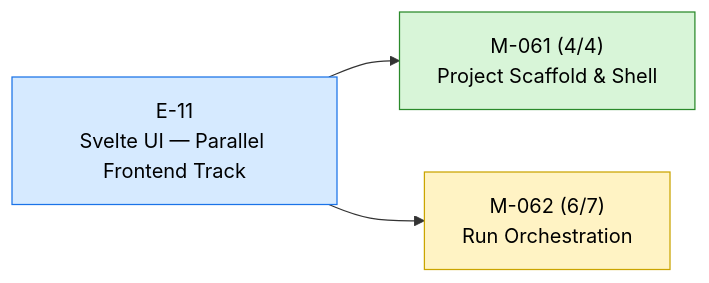
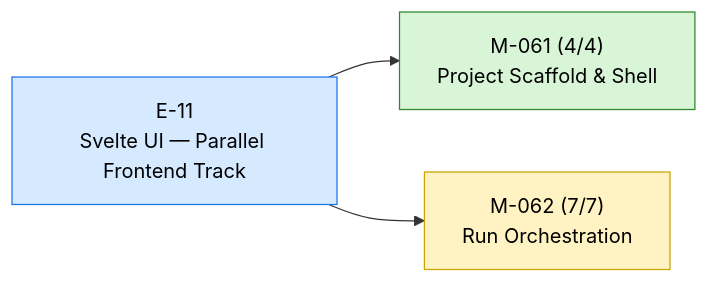
The diagram in STATUS.md (23min/FlowTime), drawn with Mermaid before and after one commit. The commit also changed other lines of this file and 1 other file, not shown here.

````diff
--- a/STATUS.md
+++ b/STATUS.md
@@ -12,14 +12,14 @@
 ```mermaid
 flowchart LR
   E_11["E-11<br/>Svelte UI — Parallel Frontend Track"]:::epic_active
   M_061["M-061 (4/4)<br/>Project Scaffold & Shell"]:::ms_done
   E_11 --> M_061
-  M_062["M-062 (6/7)<br/>Run Orchestration"]:::ms_in_progress
+  M_062["M-062 (7/7)<br/>Run Orchestration"]:::ms_in_progress
   E_11 --> M_062
   classDef epic_active fill:#d6eaff,stroke:#1a73e8,color:#000
   classDef epic_proposed fill:#f4f4f4,stroke:#888,color:#000
   classDef ms_done fill:#d8f5d8,stroke:#2a8a2a,color:#000
   classDef ms_in_progress fill:#fff3c4,stroke:#caa400,color:#000
   classDef ms_draft fill:#f4f4f4,stroke:#888,color:#000
   classDef ms_cancelled fill:#fbeaea,stroke:#c33,color:#000
 ```
````
